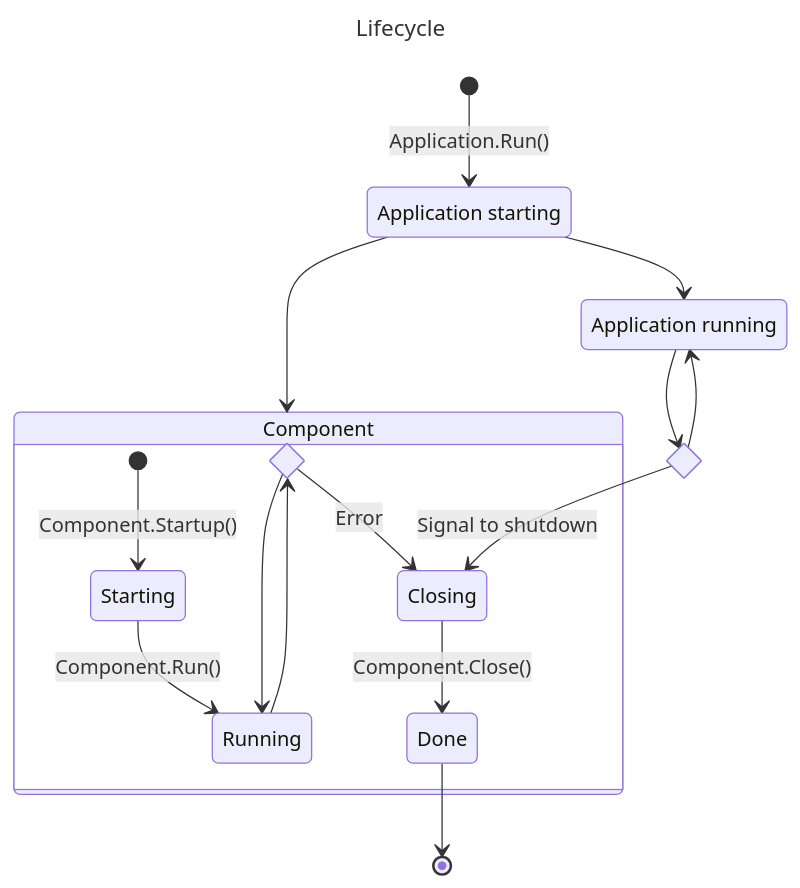
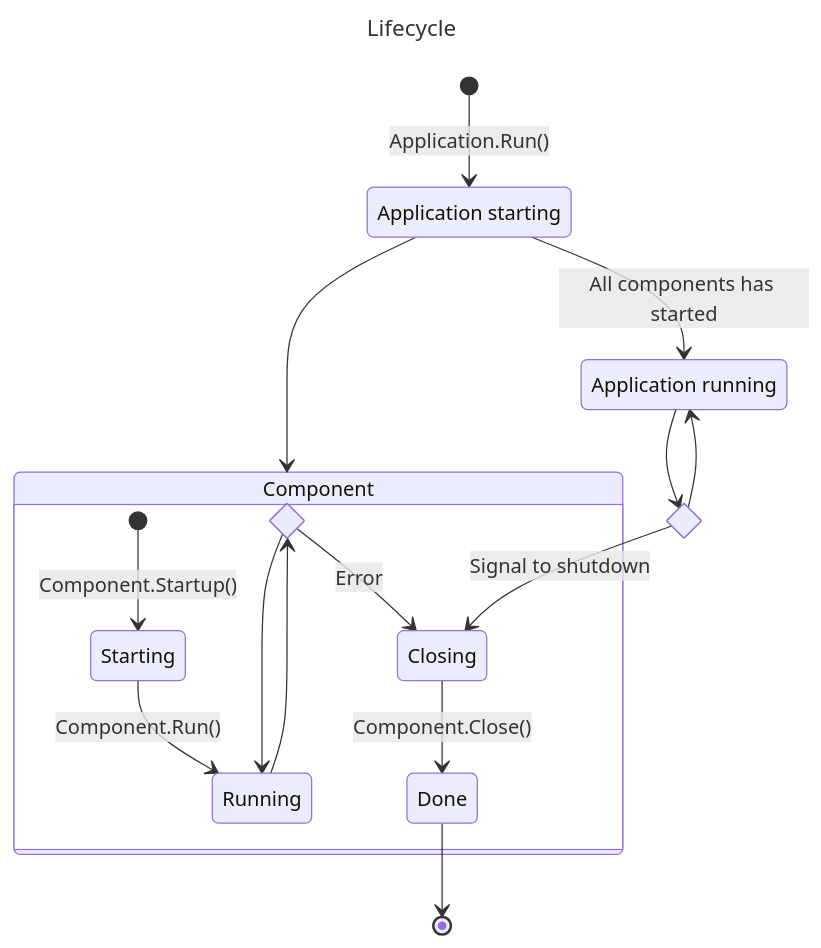
One commit to nextap-solutions/goNextService changed the diagram in README.md. Above: the diagram before and after it, drawn with Mermaid.

Commit message:
improve README

````diff
--- a/README.md
+++ b/README.md
@@ -29,26 +29,26 @@
 ```mermaid
 ---
 title: Lifecycle
 ---
 stateDiagram-v2
     state "Application starting" as AS
     state "Application running" as AR
     state is_c_running_state <<choice>>
     state is_a_running_state <<choice>>
     
     [*] --> AS: Application.Run()
     AS --> Component
     state Component {
         [*] --> Starting: Component.Startup()
         Starting --> Running: Component.Run()
         Running --> is_c_running_state
         is_c_running_state --> Running
         is_c_running_state --> Closing: Error
         Closing --> Done: Component.Close()
     }
-    AS --> AR
+    AS --> AR: All components has started
     AR --> is_a_running_state
     is_a_running_state --> AR
     is_a_running_state --> Closing: Signal to shutdown
     Done --> [*]
 ```
````
